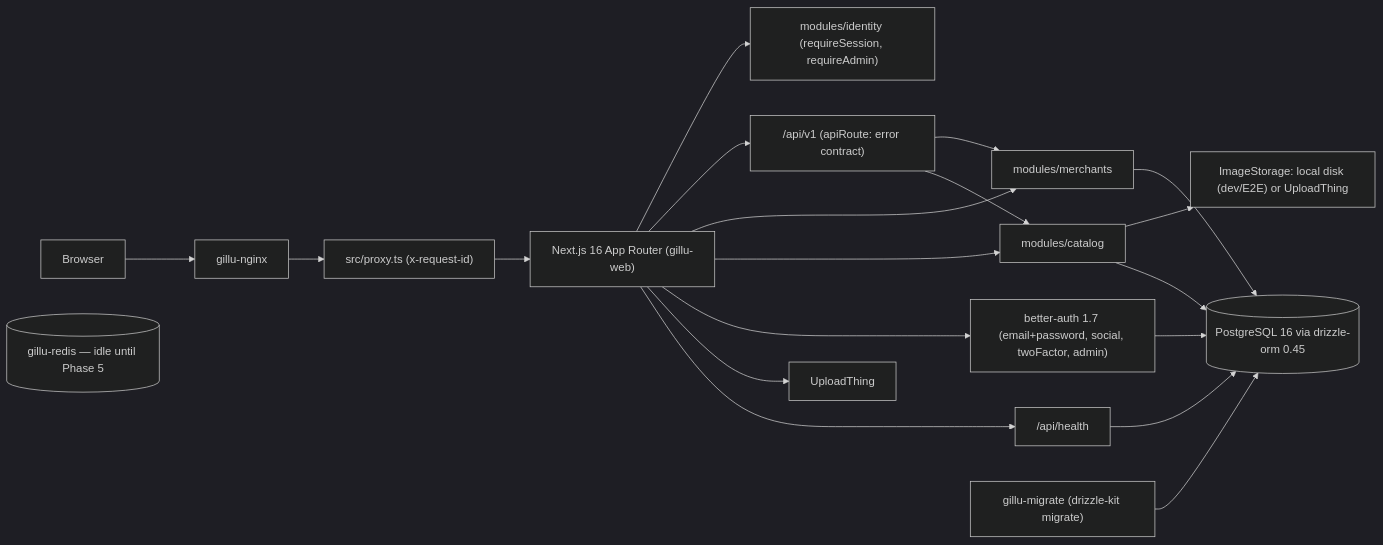
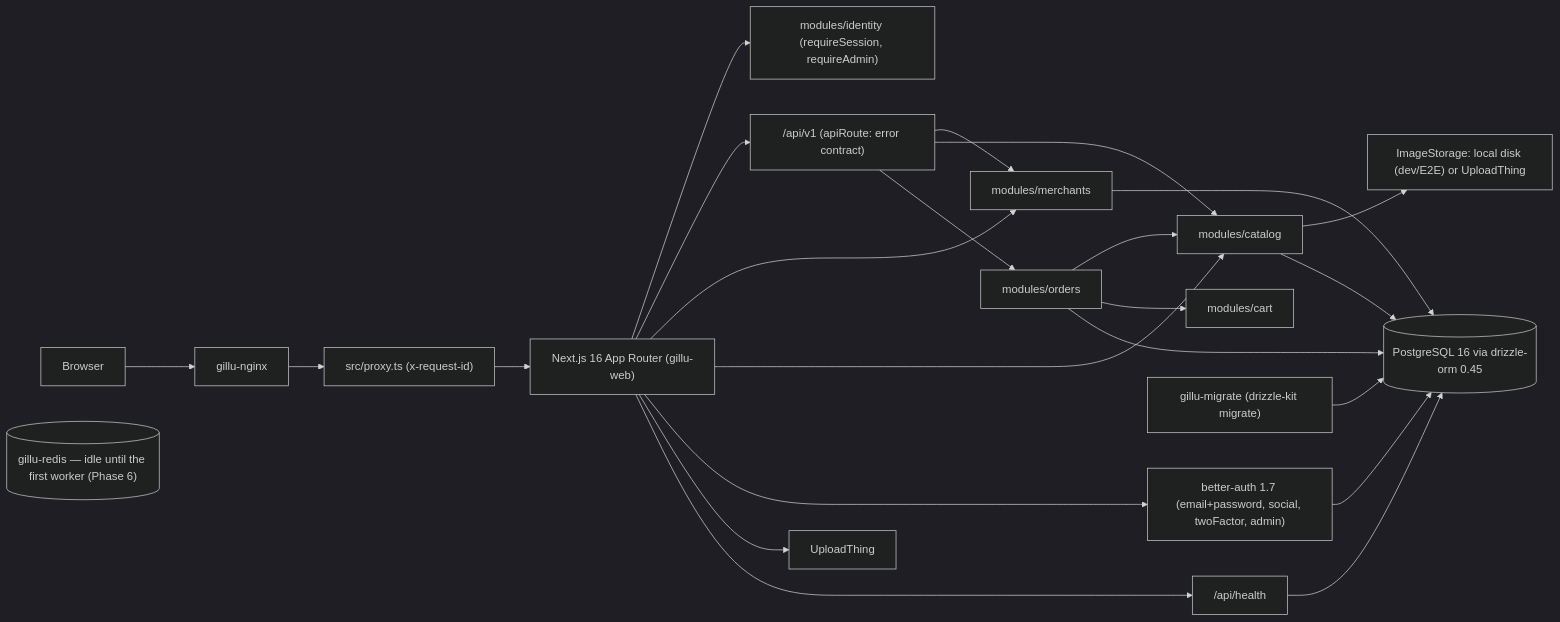
Before and after one commit to harshrraj4937/mvmp: the diagram in docs/architecture.md, drawn with Mermaid (dark theme). The commit also changed other lines of this file and 6 other files, not shown here.

````diff
--- a/docs/architecture.md
+++ b/docs/architecture.md
@@ -17,22 +18,26 @@
 ```mermaid
 flowchart LR
     B["Browser"] --> NG["gillu-nginx"]
     NG --> PX["src/proxy.ts (x-request-id)"]
     PX --> N["Next.js 16 App Router (gillu-web)"]
     N --> ID["modules/identity (requireSession, requireAdmin)"]
     N --> API["/api/v1 (apiRoute: error contract)"]
     API --> M["modules/merchants"]
     API --> C["modules/catalog"]
+    API --> O["modules/orders"]
+    O --> C
+    O --> CA["modules/cart"]
+    O --> DB
     N --> M
     N --> C
     C --> IS["ImageStorage: local disk (dev/E2E) or UploadThing"]
     M --> DB
     C --> DB
     N --> BA["better-auth 1.7 (email+password, social, twoFactor, admin)"]
     N --> UT["UploadThing"]
     N --> H["/api/health"]
     BA --> DB[("PostgreSQL 16 via drizzle-orm 0.45")]
     H --> DB
     MIG["gillu-migrate (drizzle-kit migrate)"] --> DB
-    R[("gillu-redis — idle until Phase 5")]
+    R[("gillu-redis — idle until the first worker (Phase 6)")]
 ```
````
